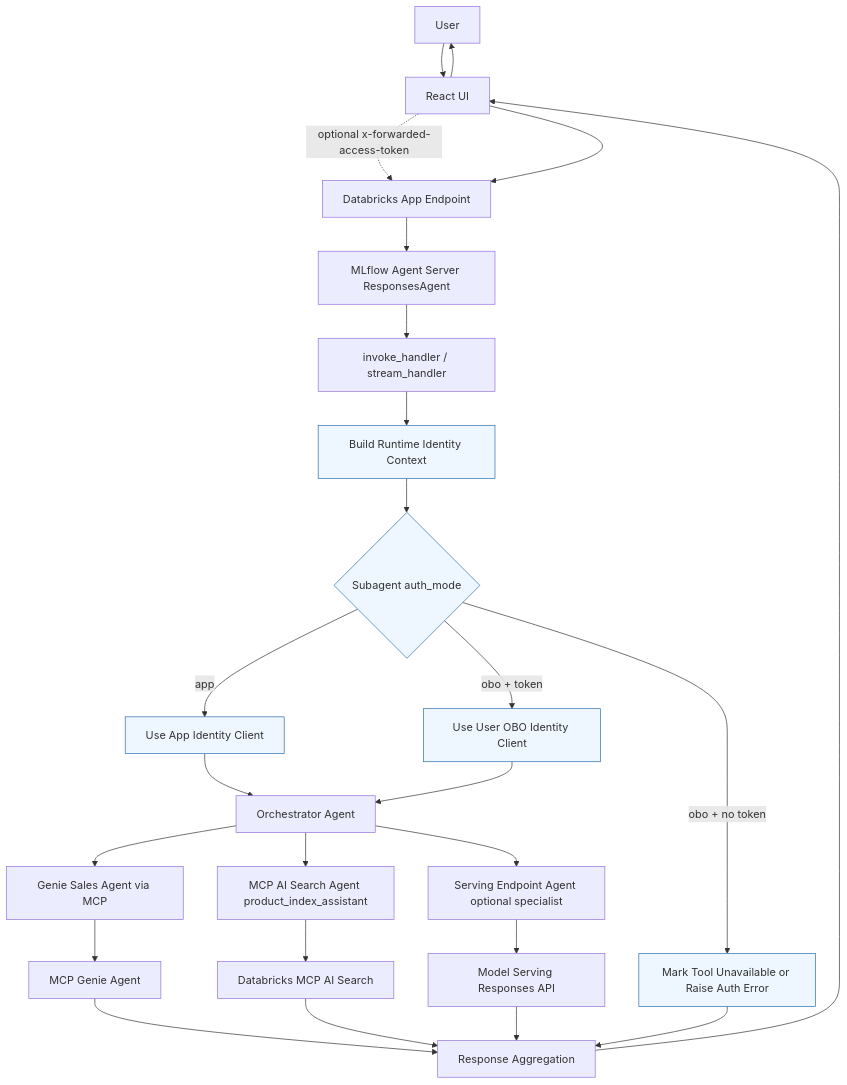
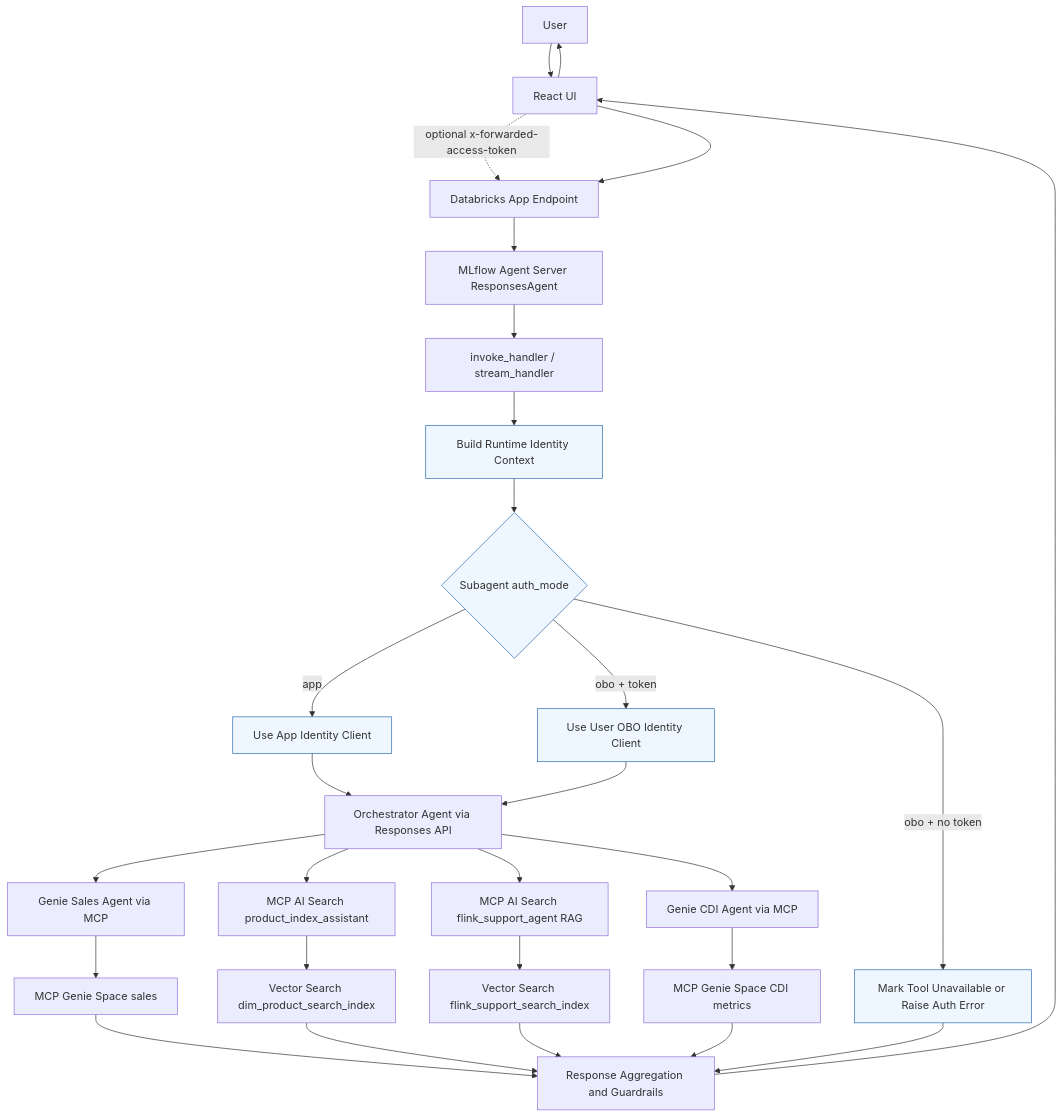
Before and after one commit to wchen-dea/Governed-Multi-Agent-Intelligence-on-Databricks: the second of 2 diagrams in docs/architecture/system-architecture.md, drawn with Mermaid. The commit also changed other lines of this file and 5 other files, not shown here.

````diff
--- a/docs/architecture/system-architecture.md
+++ b/docs/architecture/system-architecture.md
@@ -140,34 +139,37 @@
 ```mermaid
 flowchart TD
     U[User]
     U --> UI[React UI]
     UI -.optional x-forwarded-access-token.-> APP
     UI --> APP[Databricks App Endpoint]
     APP --> S[MLflow Agent Server ResponsesAgent]
     S --> H[invoke_handler / stream_handler]
     H --> C[Build Runtime Identity Context]
     C --> D{Subagent auth_mode}
     D -->|app| AID[Use App Identity Client]
     D -->|obo + token| OID[Use User OBO Identity Client]
     D -->|obo + no token| ERR[Mark Tool Unavailable or Raise Auth Error]
-    AID --> O[Orchestrator Agent]
+    AID --> O[Orchestrator Agent via Responses API]
     OID --> O
 
     O --> G[Genie Sales Agent via MCP]
-    O --> K[MCP AI Search Agent product_index_assistant]
-    O --> L[Serving Endpoint Agent optional specialist]
+    O --> K[MCP AI Search product_index_assistant]
+    O --> F[MCP AI Search flink_support_agent RAG]
+    O --> CDI[Genie CDI Agent via MCP]
 
-    G --> M[MCP Genie Agent]
-    K --> R1[Databricks MCP AI Search]
-    L --> R2[Model Serving Responses API]
+    G --> M[MCP Genie Space sales]
+    K --> R1[Vector Search dim_product_search_index]
+    F --> R3[Vector Search flink_support_search_index]
+    CDI --> M2[MCP Genie Space CDI metrics]
 
-    M --> R[Response Aggregation]
+    M --> R[Response Aggregation and Guardrails]
     R1 --> R
-    R2 --> R
+    R3 --> R
+    M2 --> R
     ERR --> R
     R --> UI
     UI --> U
 
     classDef auth fill:#eef7ff,stroke:#2b6cb0,stroke-width:1px;
     class C,D,AID,OID,ERR auth;
 ```
````
